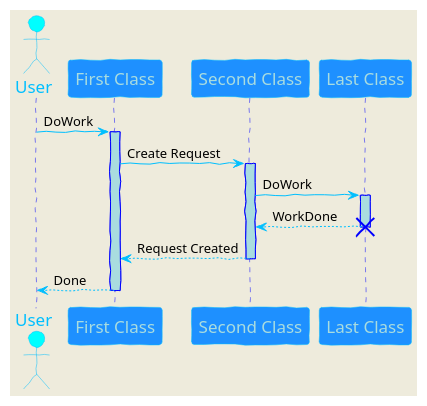
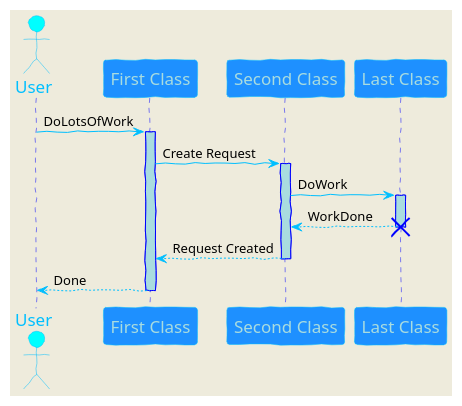
One commit to huornlmj/plantuml-diagrams changed the diagram in diagram-01.iuml. Above: the diagram before and after it, drawn with PlantUML.

```diff
--- a/diagram-01.iuml
+++ b/diagram-01.iuml
@@ -1,45 +1,45 @@
 @startuml
 skinparam backgroundColor #EEEBDC
 skinparam handwritten true
 
 skinparam sequence {
 ArrowColor DeepSkyBlue
 ActorBorderColor DeepSkyBlue
 LifeLineBorderColor blue
 LifeLineBackgroundColor #A9DCDF
 
 ParticipantBorderColor DeepSkyBlue
 ParticipantBackgroundColor DodgerBlue
 ParticipantFontName Impact
 ParticipantFontSize 17
 ParticipantFontColor #A9DCDF
 
 ActorBackgroundColor aqua
 ActorFontColor DeepSkyBlue
 ActorFontSize 17
 ActorFontName Aapex
 }
 
 actor User
 participant "First Class" as A
 participant "Second Class" as B
 participant "Last Class" as C
 
-User -> A: DoWork
+User -> A: DoLotsOfWork
 activate A
 
 A -> B: Create Request
 activate B
 
 B -> C: DoWork
 activate C
 C --> B: WorkDone
 destroy C
 
 B --> A: Request Created
 deactivate B
 
 A --> User: Done
 deactivate A
 
 @enduml
```
